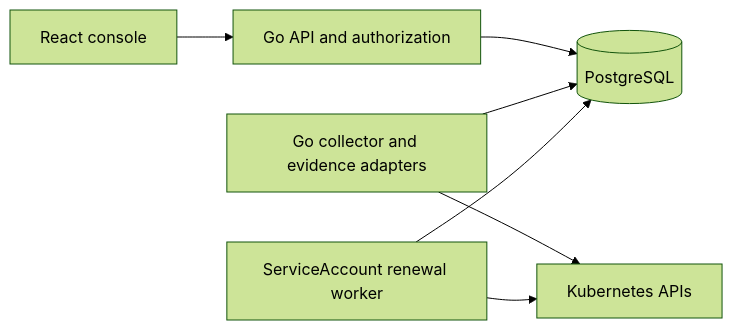
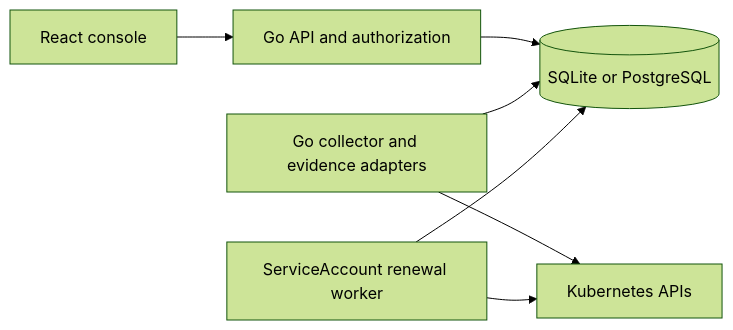
The diagram in docs/architecture.md (kubebao/openbao-operator-console), drawn with Mermaid (forest theme) before and after one commit. The commit also changed other lines of this file and 69 other files, not shown here.

Commit message:
feat(storage): default to embedded SQLite with controlled schema upgrades

````diff
--- a/docs/architecture.md
+++ b/docs/architecture.md
@@ -36,9 +36,9 @@
 ```mermaid
 flowchart LR
   browser[React console] --> api[Go API and authorization]
-  api --> database[(PostgreSQL)]
+  api --> database[(SQLite or PostgreSQL)]
   collector[Go collector and evidence adapters] --> database
   collector --> kubernetes[Kubernetes APIs]
   renewal[ServiceAccount renewal worker] --> kubernetes
   renewal --> database
 ```
````
